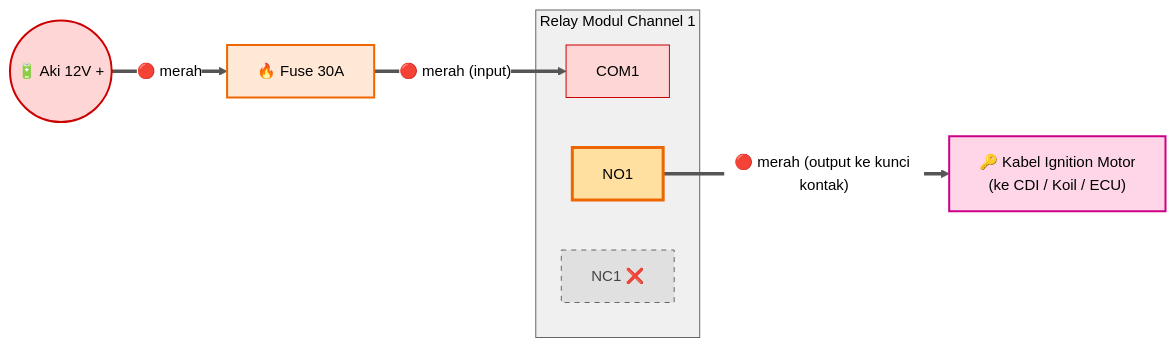
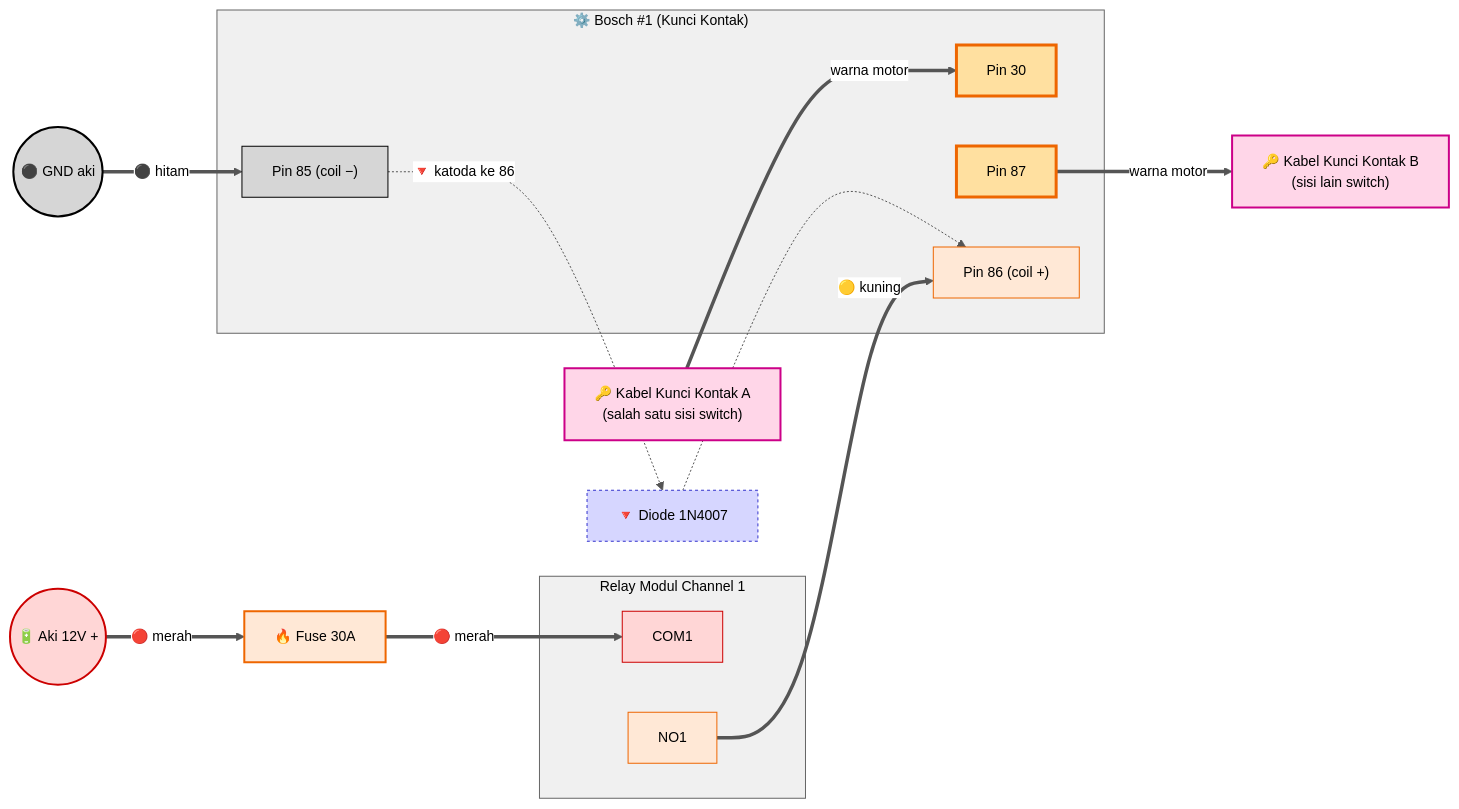
Before and after one commit to umarovk/SIKAMOT: the fifth of 10 diagrams in motor_starter/DIAGRAM_MERMAID.md, drawn with Mermaid. The commit also changed other lines of this file and 2 other files, not shown here.

First line of the commit message:
docs(motor): wiring cascade 2 Bosch untuk bridge 4 kabel motor

````diff
--- a/motor_starter/DIAGRAM_MERMAID.md
+++ b/motor_starter/DIAGRAM_MERMAID.md
@@ -274,25 +275,50 @@
 ```mermaid
-%%{init: {'theme':'base', 'themeVariables': {'primaryColor':'#ffffff','primaryTextColor':'#000000','primaryBorderColor':'#333333','lineColor':'#555555','clusterBkg':'#f0f0f0','clusterBorder':'#666666','titleColor':'#000000','edgeLabelBackground':'#ffffff','fontSize':'15px'}}}%%
+%%{init: {'theme':'base', 'themeVariables': {'primaryColor':'#ffffff','primaryTextColor':'#000000','primaryBorderColor':'#333333','lineColor':'#555555','clusterBkg':'#f0f0f0','clusterBorder':'#666666','titleColor':'#000000','edgeLabelBackground':'#ffffff','fontSize':'14px'}}}%%
 flowchart LR
     AKI(("🔋 Aki 12V +"))
     FUSE["🔥 Fuse 30A"]
+    GND(("⚫ GND aki"))
 
     subgraph REL["Relay Modul Channel 1"]
         com1["COM1"]
         no1["NO1"]
-        nc1["NC1 ❌"]
     end
 
-    CDI["🔑 Kabel Ignition Motor<br/>(ke CDI / Koil / ECU)"]
+    subgraph BOSCH1["⚙️ Bosch #1 (Kunci Kontak)"]
+        b30a["Pin 30"]
+        b87a["Pin 87"]
+        b85a["Pin 85 (coil −)"]
+        b86a["Pin 86 (coil +)"]
+    end
 
+    KK_A["🔑 Kabel Kunci Kontak A<br/>(salah satu sisi switch)"]
+    KK_B["🔑 Kabel Kunci Kontak B<br/>(sisi lain switch)"]
+    DIODE1["🔻 Diode 1N4007"]
+
+    %% Trigger path (sinyal coil)
     AKI ==>|"🔴 merah"| FUSE
-    FUSE ==>|"🔴 merah (input)"| com1
-    no1 ==>|"🔴 merah (output ke kunci kontak)"| CDI
+    FUSE ==>|"🔴 merah"| com1
+    no1 ==>|"🟡 kuning"| b86a
+    GND ==>|"⚫ hitam"| b85a
+
+    %% Bridge path (saklar pengganti)
+    KK_A ==>|"warna motor"| b30a
+    b87a ==>|"warna motor"| KK_B
+
+    %% Flyback
+    b85a -.->|"🔻 katoda ke 86"| DIODE1
+    DIODE1 -.-> b86a
 
     style AKI fill:#ffd6d6,color:#000000,stroke:#cc0000,stroke-width:2px
     style FUSE fill:#ffe8d6,color:#000000,stroke:#ee6600,stroke-width:2px
+    style GND fill:#d6d6d6,color:#000000,stroke:#000000,stroke-width:2px
     style com1 fill:#ffd6d6,color:#000000,stroke:#cc0000
-    style no1 fill:#ffe0a0,color:#000000,stroke:#ee6600,stroke-width:3px
-    style nc1 fill:#e0e0e0,color:#444444,stroke:#666666,stroke-dasharray:5 5
-    style CDI fill:#ffd6e8,color:#000000,stroke:#cc0088,stroke-width:2px
+    style no1 fill:#ffe8d6,color:#000000,stroke:#ee6600
+    style b30a fill:#ffe0a0,color:#000000,stroke:#ee6600,stroke-width:3px
+    style b87a fill:#ffe0a0,color:#000000,stroke:#ee6600,stroke-width:3px
+    style b85a fill:#d6d6d6,color:#000000,stroke:#000000
+    style b86a fill:#ffe8d6,color:#000000,stroke:#ee6600
+    style KK_A fill:#ffd6e8,color:#000000,stroke:#cc0088,stroke-width:2px
+    style KK_B fill:#ffd6e8,color:#000000,stroke:#cc0088,stroke-width:2px
+    style DIODE1 fill:#d6d6ff,color:#000000,stroke:#3333cc,stroke-dasharray:3 3
 ```
````
